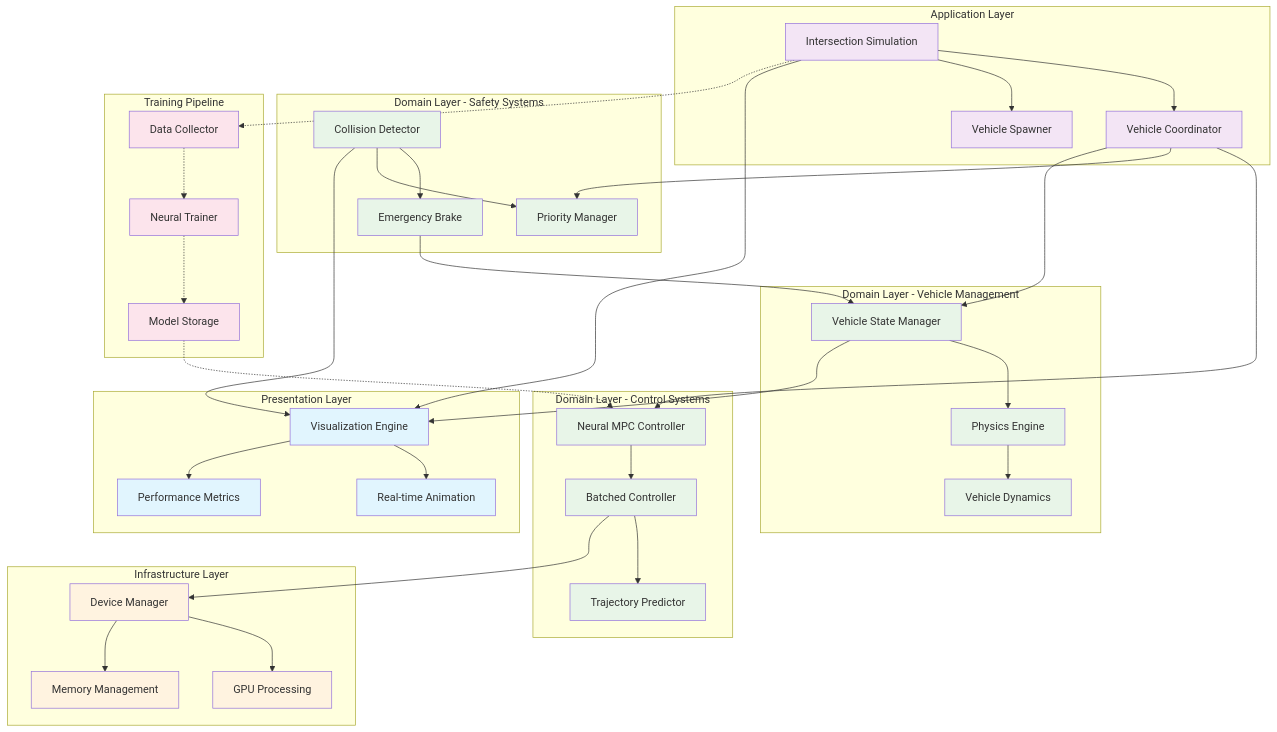
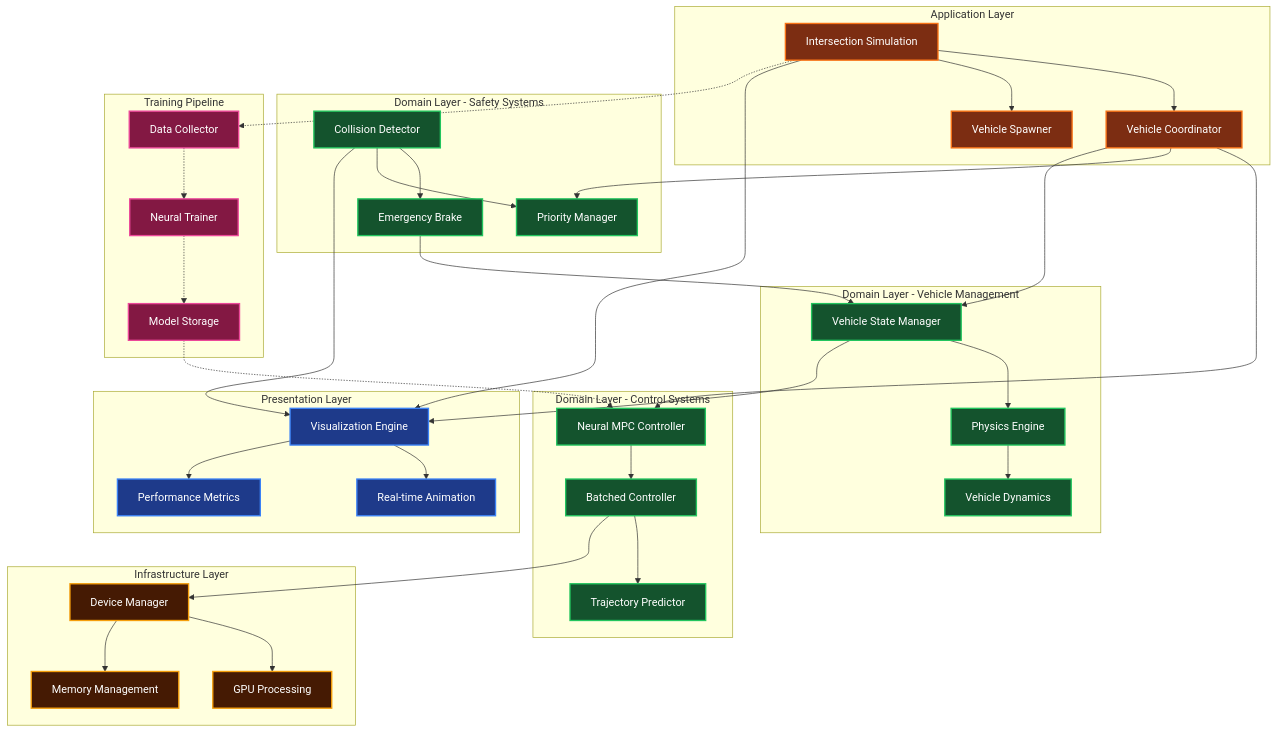
Before and after one commit to tylergibbs1/autocar: the diagram in README.md, drawn with Mermaid.

Commit message:
Update README.md to enhance class definitions with improved color styling for better visualization clarity in diagrams.

```diff
--- a/README.md
+++ b/README.md
@@ -185,11 +185,11 @@
     VEHICLE --> UI
     COLLISION --> UI
 
-    classDef presentation fill:#e1f5fe
-    classDef application fill:#f3e5f5
-    classDef domain fill:#e8f5e8
-    classDef infrastructure fill:#fff3e0
-    classDef training fill:#fce4ec
+    classDef presentation fill:#1e3a8a,stroke:#3b82f6,stroke-width:2px,color:#ffffff
+    classDef application fill:#7c2d12,stroke:#f97316,stroke-width:2px,color:#ffffff
+    classDef domain fill:#14532d,stroke:#22c55e,stroke-width:2px,color:#ffffff
+    classDef infrastructure fill:#451a03,stroke:#f59e0b,stroke-width:2px,color:#ffffff
+    classDef training fill:#831843,stroke:#ec4899,stroke-width:2px,color:#ffffff
 
     class UI,ANIM,METRICS presentation
     class SIM,COORD,SPAWN application
```
